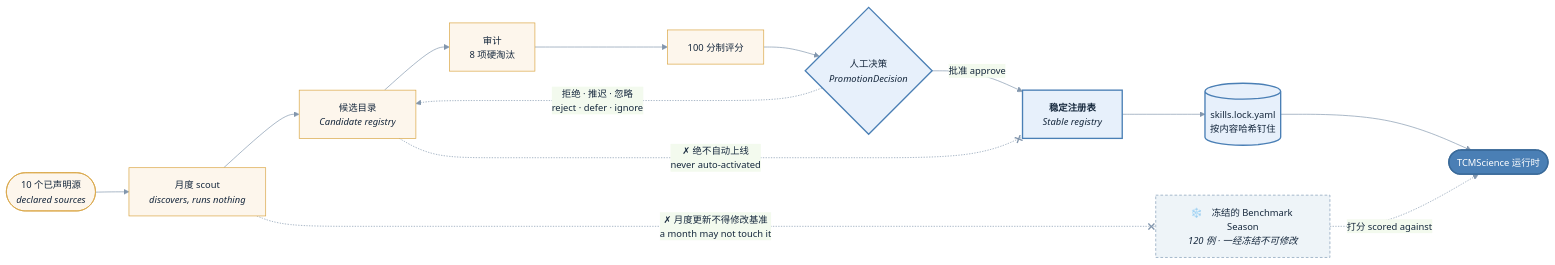
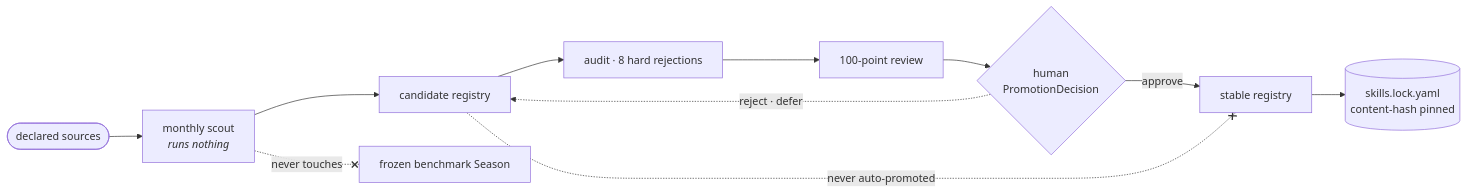
The diagram in README.md (psknlr/TCMScience), drawn with Mermaid before and after one commit. The commit also changed other lines of this file and 13 other files, not shown here.

````diff
--- a/README.md
+++ b/README.md
@@ -537,40 +188,9 @@
 ```mermaid
-%%{init: {"theme":"base","themeVariables":{
-  "fontFamily":"Inter, -apple-system, Segoe UI, sans-serif",
-  "fontSize":"14px",
-  "lineColor":"#8296ad",
-  "primaryColor":"#eef3fa","primaryTextColor":"#16283d","primaryBorderColor":"#b9cbe0"
-}}}%%
 flowchart LR
-
-    SRC(["10 个已声明源<br/><i>declared sources</i>"])
-    SCOUT["月度 scout<br/><i>discovers, runs nothing</i>"]
-    CAND["候选目录<br/><i>Candidate registry</i>"]
-    AUDIT["审计<br/>8 项硬淘汰"]
-    SCORE["100 分制评分"]
-    HUMAN{"人工决策<br/><i>PromotionDecision</i>"}
-    STABLE["<b>稳定注册表</b><br/><i>Stable registry</i>"]
-    LOCK[("skills.lock.yaml<br/>按内容哈希钉住")]
-    RUNTIME(["TCMScience 运行时"])
-
-    SRC --> SCOUT --> CAND --> AUDIT --> SCORE --> HUMAN
-    HUMAN -->|批准 approve| STABLE
-    HUMAN -.->|拒绝 · 推迟 · 忽略<br/>reject · defer · ignore| CAND
-    STABLE --> LOCK --> RUNTIME
-
-    SEASON["❄️　冻结的 Benchmark Season<br/><i>120 例 · 一经冻结不可修改</i>"]
-
-    CAND  -.-x|✗ 绝不自动上线<br/>never auto-activated| STABLE
-    SCOUT -.-x|✗ 月度更新不得修改基准<br/>a month may not touch it| SEASON
-    SEASON -.->|打分 scored against| RUNTIME
-
-    classDef auto   fill:#fdf6ec,stroke:#d9a441,stroke-width:1px,color:#16283d
-    classDef human  fill:#e7f0fb,stroke:#4a7fb5,stroke-width:2px,color:#16283d
-    classDef frozen fill:#eef4f8,stroke:#7f9ab5,stroke-width:1px,stroke-dasharray:4 3,color:#16283d
-    classDef entry  fill:#4a7fb5,stroke:#3a6a99,stroke-width:2px,color:#ffffff
-
-    class SRC,SCOUT,CAND,AUDIT,SCORE auto
-    class HUMAN,STABLE,LOCK human
-    class SEASON frozen
-    class RUNTIME entry
+    SRC(["declared sources"]) --> SCOUT["monthly scout<br/><i>runs nothing</i>"] --> CAND["candidate registry"]
+    CAND --> AUDIT["audit · 8 hard rejections"] --> SCORE["100-point review"] --> HUMAN{"human<br/>PromotionDecision"}
+    HUMAN -->|approve| STABLE["stable registry"] --> LOCK[("skills.lock.yaml<br/>content-hash pinned")]
+    HUMAN -.->|reject · defer| CAND
+    CAND -.-x|never auto-promoted| STABLE
+    SCOUT -.-x|never touches| SEASON["frozen benchmark Season"]
 ```
````
